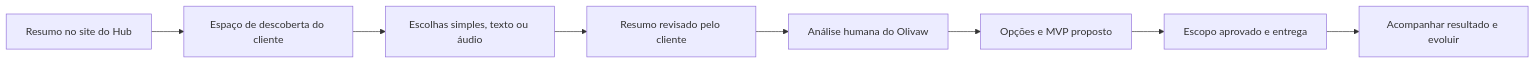
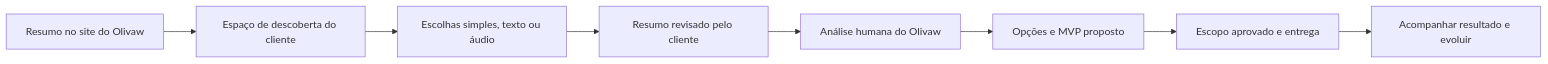
The diagram in docs/protocolo-descoberta-cliente.md (diegorafop/olivaw-hub), drawn with Mermaid before and after one commit. The commit also changed other lines of this file and 361 other files, not shown here.

````diff
--- a/docs/protocolo-descoberta-cliente.md
+++ b/docs/protocolo-descoberta-cliente.md
@@ -11,10 +11,10 @@
 ```mermaid
 flowchart LR
-  A[Resumo no site do Hub] --> B[Espaço de descoberta do cliente]
+  A[Resumo no site do Olivaw] --> B[Espaço de descoberta do cliente]
   B --> C[Escolhas simples, texto ou áudio]
   C --> D[Resumo revisado pelo cliente]
   D --> E[Análise humana do Olivaw]
   E --> F[Opções e MVP proposto]
   F --> G[Escopo aprovado e entrega]
   G --> H[Acompanhar resultado e evoluir]
 ```
````
